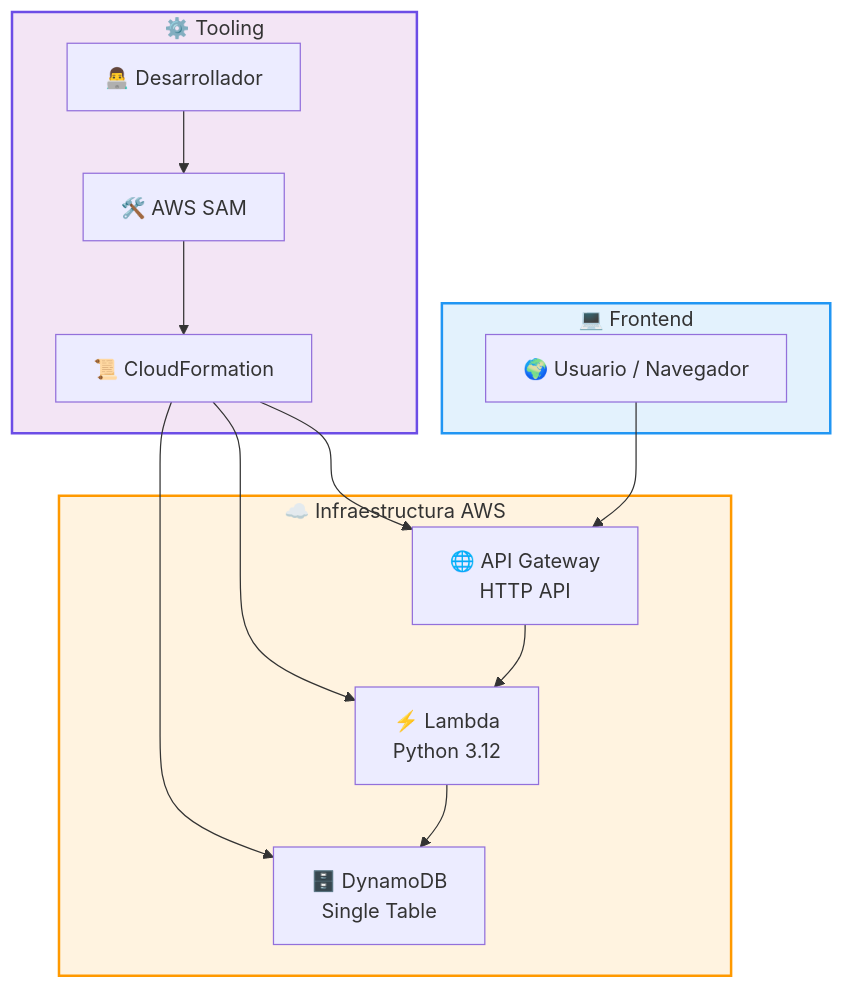
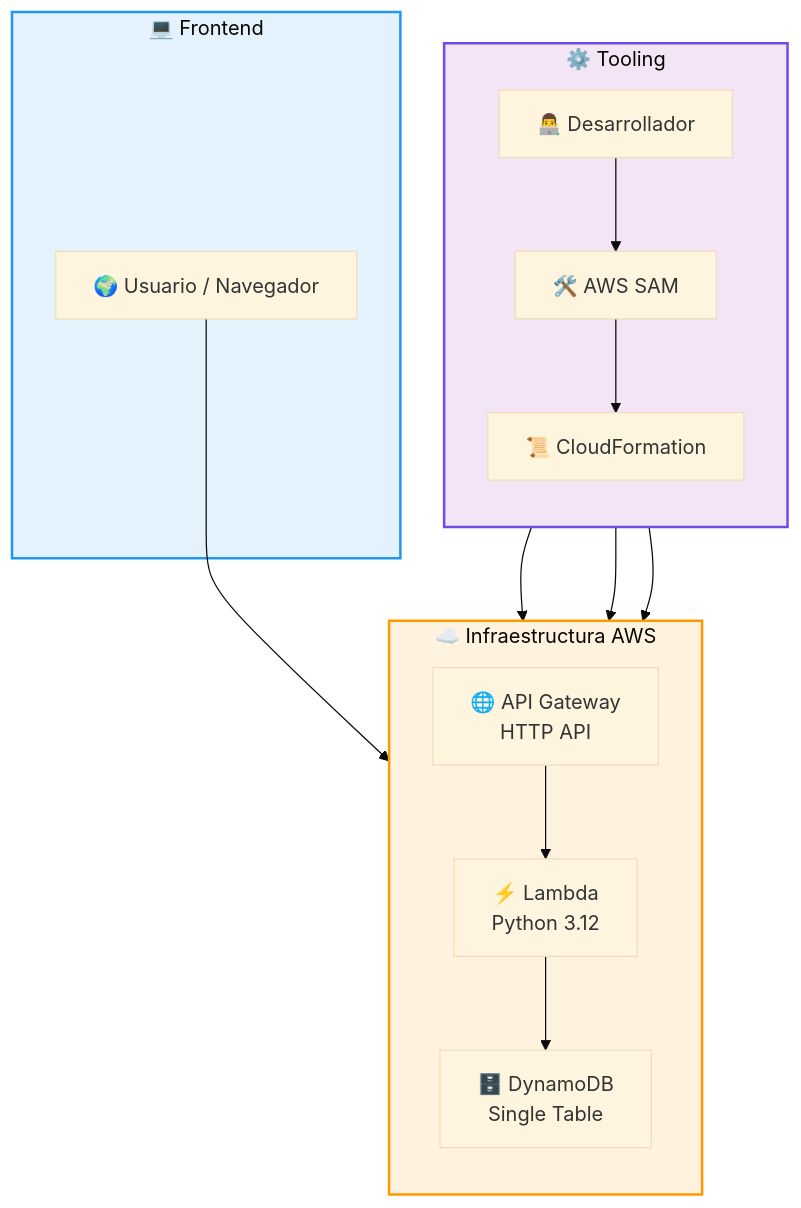
The fourth of 4 diagrams in caso-e-dynamodb-persistence/docs/architecture.md (vladimiracunadev-create/proyectos-aws), drawn with Mermaid before and after one commit. The commit also changed other lines of this file and 1 other file, not shown here.

Commit message:
docs: optimize diagram readability with vertical orientation and larger fonts

````diff
--- a/caso-e-dynamodb-persistence/docs/architecture.md
+++ b/caso-e-dynamodb-persistence/docs/architecture.md
@@ -107,29 +111,32 @@
 ```mermaid
+%%{init: {'theme': 'base', 'themeVariables': { 'fontsize': '16px' }}}%%
 graph TB
     subgraph Client["💻 Frontend"]
         User["🌍 Usuario / Navegador"]
     end
 
     subgraph AWS["☁️ Infraestructura AWS"]
+        direction TB
         APIGW["🌐 API Gateway\nHTTP API"]
         Lambda["⚡ Lambda\nPython 3.12"]
         Table["🗄️ DynamoDB\nSingle Table"]
         
         APIGW --> Lambda
         Lambda --> Table
     end
 
     subgraph Automation["⚙️ Tooling"]
+        direction TB
         Dev["👨‍💻 Desarrollador"] --> SAM["🛠️ AWS SAM"]
         SAM --> CFN["📜 CloudFormation"]
         CFN --> APIGW
         CFN --> Lambda
         CFN --> Table
     end
 
     User --> APIGW
 
     style AWS fill:#FFF3E0,stroke:#FF9900,stroke-width:2px
     style Automation fill:#F3E5F5,stroke:#6C4DE6,stroke-width:2px
     style Client fill:#E3F2FD,stroke:#2196F3,stroke-width:2px
 ```
````
